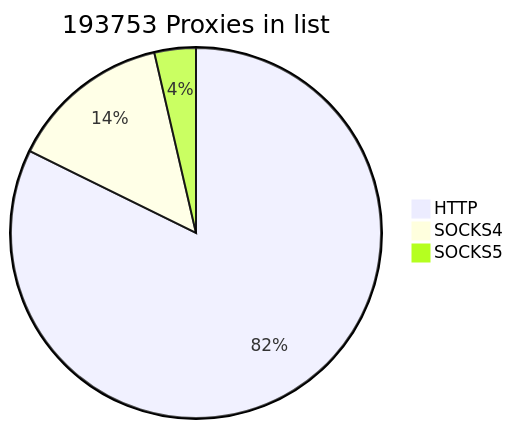
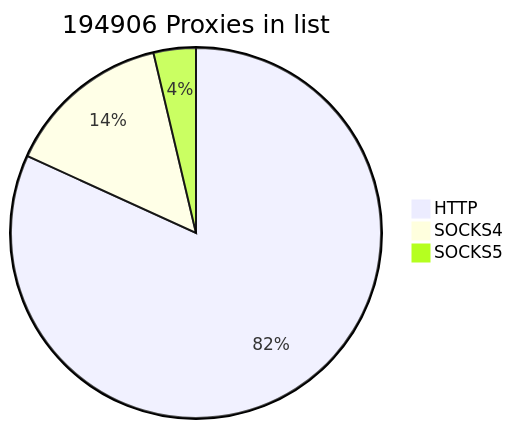
The first of 2 diagrams in README.md (cutipu/proxylist), drawn with Mermaid before and after one commit. The commit also changed other lines of this file, not shown here.

````diff
--- a/README.md
+++ b/README.md
@@ -2,7 +2,7 @@
 ```mermaid
-pie title 193753 Proxies in list
-    "HTTP" : 159438
-    "SOCKS4" : 27307
-    "SOCKS5" : 7008
+pie title 194906 Proxies in list
+    "HTTP" : 159462
+    "SOCKS4" : 28248
+    "SOCKS5" : 7196
             
 ```
````
